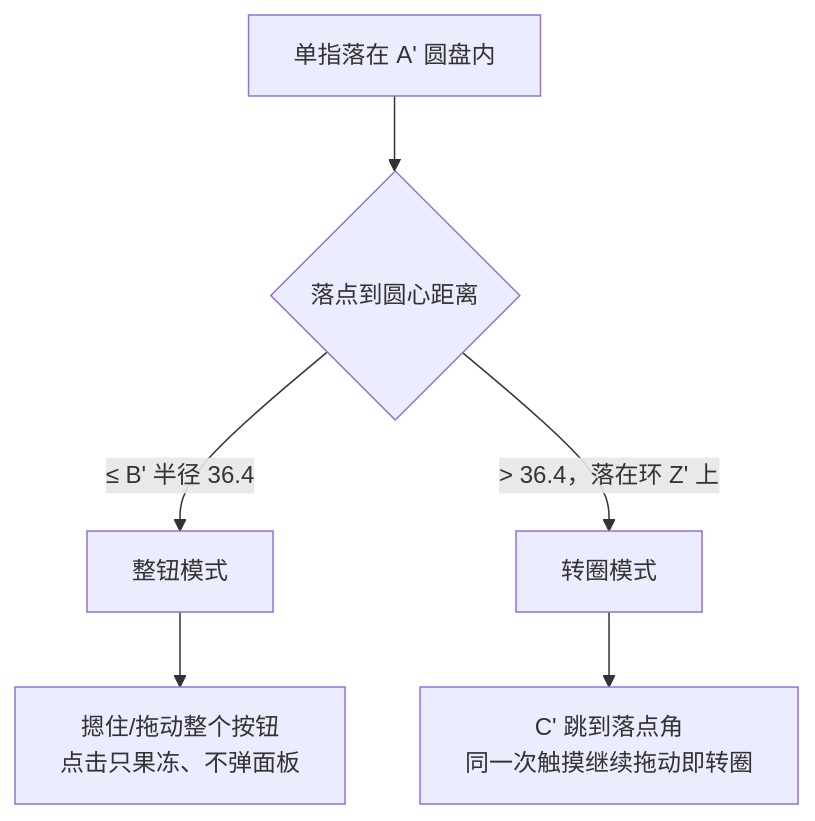
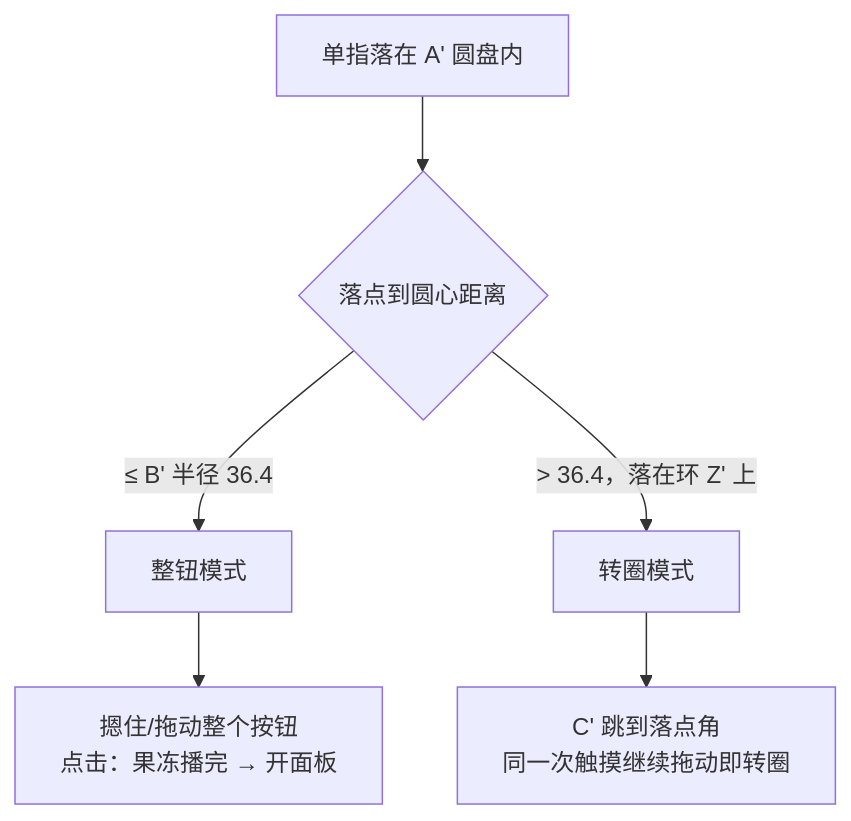
The first of 2 diagrams in .trae/documents/accessory/modules/新按钮（转圈驱动光标）.md (SunChuquin/Kline), drawn with Mermaid before and after one commit. The commit also changed other lines of this file and 7 other files, not shown here.

Commit message:
同步文档：点击 B' 打开面板 + 新按钮闲置时长改 0.5 秒 更新 新按钮模块文档（交互分区图、状态机图 s2/迁移、图后补充）、B'临时旧外观决策（0.5 秒 + 说明两按钮时长不共用常量）、强制闲置决策、果冻决策（现两按钮共用同一条路径）、INDEX；spec/tasks/checklist 补「变更记录」：点击不弹面板作废、闲置 3 秒→0.5 秒、并登记新增的临时旧外观需求与两处实施期有意偏离

````diff
--- a/.trae/documents/accessory/modules/新按钮（转圈驱动光标）.md
+++ b/.trae/documents/accessory/modules/新按钮（转圈驱动光标）.md
@@ -23,8 +23,8 @@
 ```mermaid
 flowchart TB
     A[单指落在 A' 圆盘内] --> B{落点到圆心距离}
     B -->|"≤ B' 半径 36.4"| C[整钮模式]
     B -->|"> 36.4，落在环 Z' 上"| D[转圈模式]
-    C --> E[摁住/拖动整个按钮<br/>点击只果冻、不弹面板]
+    C --> E[摁住/拖动整个按钮<br/>点击：果冻播完 → 开面板]
     D --> F[C' 跳到落点角<br/>同一次触摸继续拖动即转圈]
 ```
````
